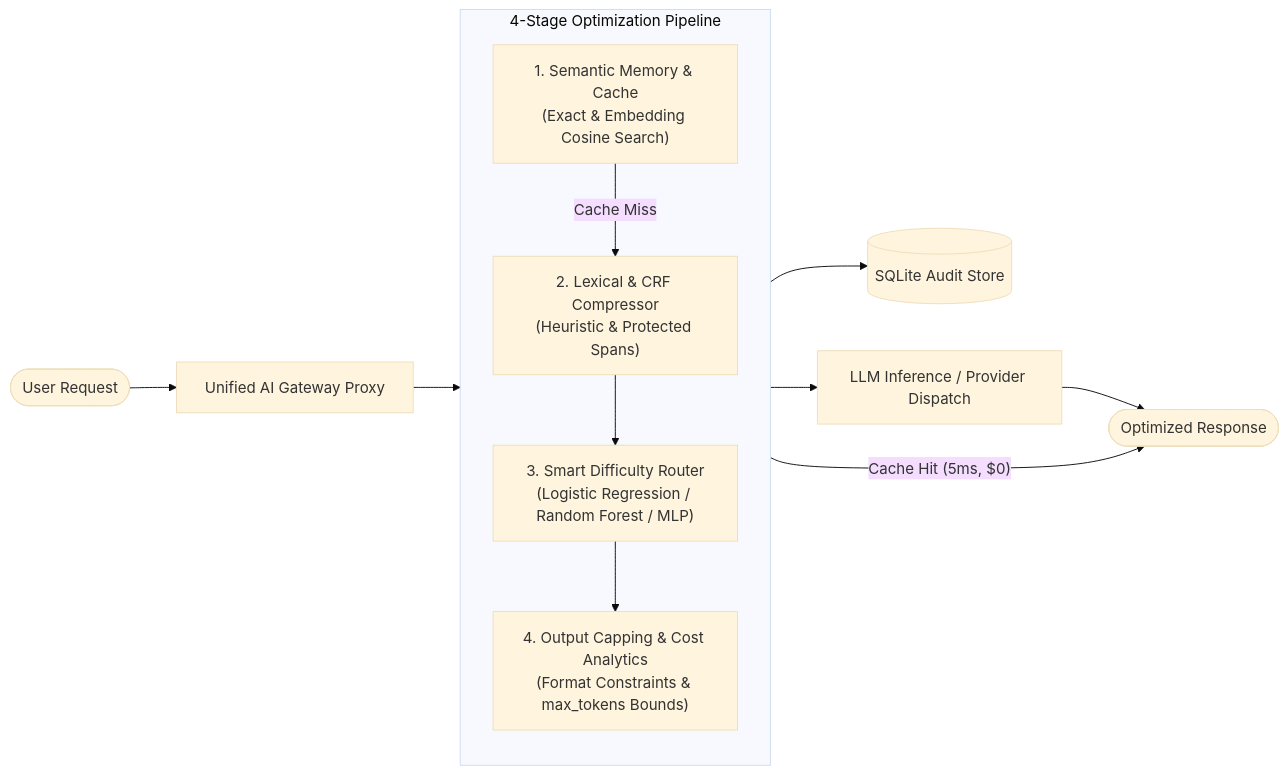
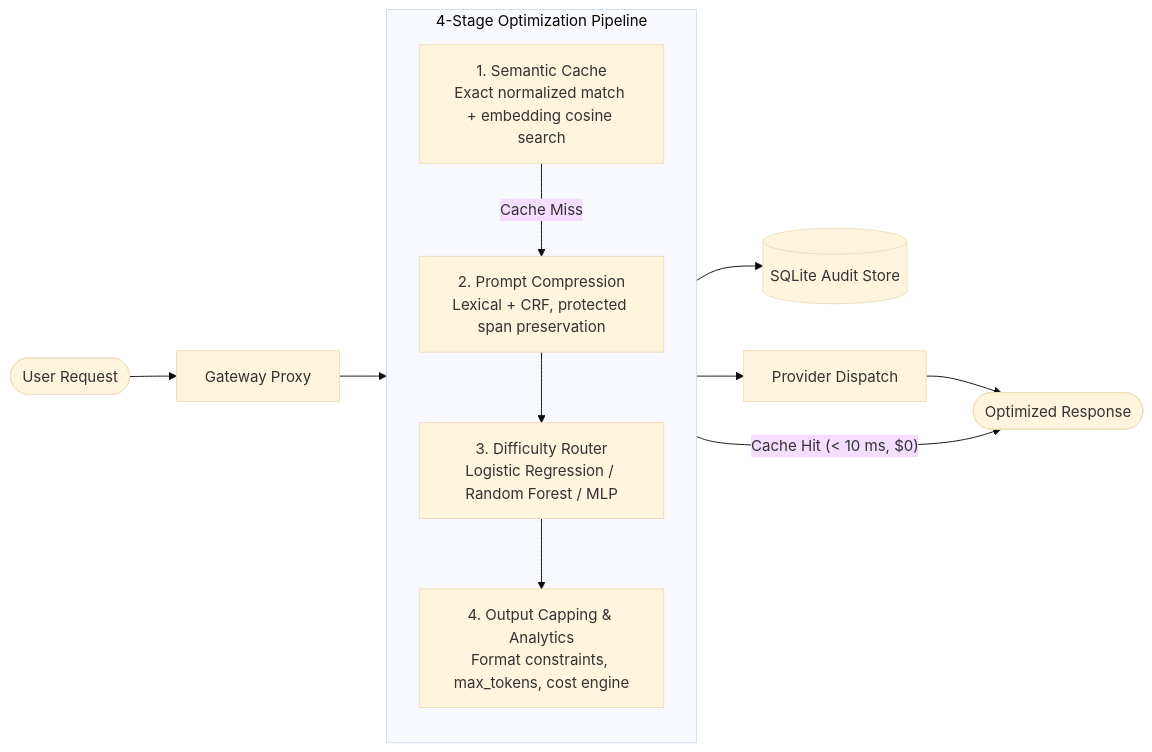
One commit to AmanKashyapp07/Token-Optimiser changed the diagram in README.md. Above: the diagram before and after it, drawn with Mermaid (base theme). The commit also changed other lines of this file, not shown here.

````diff
--- a/README.md
+++ b/README.md
@@ -32,22 +92,19 @@
 ```mermaid
 flowchart LR
-    User([User Request]) --> Gateway[Unified AI Gateway Proxy]
+    User([User Request]) --> Gateway[Gateway Proxy]
 
     subgraph Pipeline["4-Stage Optimization Pipeline"]
         direction TB
-        S1["1. Semantic Memory & Cache\n(Exact & Embedding Cosine Search)"]
-        S2["2. Lexical & CRF Compressor\n(Heuristic & Protected Spans)"]
-        S3["3. Smart Difficulty Router\n(Logistic Regression / Random Forest / MLP)"]
-        S4["4. Output Capping & Cost Analytics\n(Format Constraints & max_tokens Bounds)"]
-
-        S1 -- "Cache Miss" --> S2
-        S2 --> S3
-        S3 --> S4
+        S1["1. Semantic Cache<br/>Exact normalized match + embedding cosine search"]
+        S2["2. Prompt Compression<br/>Lexical + CRF, protected span preservation"]
+        S3["3. Difficulty Router<br/>Logistic Regression / Random Forest / MLP"]
+        S4["4. Output Capping & Analytics<br/>Format constraints, max_tokens, cost engine"]
+        S1 -- "Cache Miss" --> S2 --> S3 --> S4
     end
 
     Gateway --> S1
-    S1 -- "Cache Hit (5ms, $0)" --> Out([Optimized Response])
+    S1 -- "Cache Hit (< 10 ms, $0)" --> Out([Optimized Response])
     S4 --> Store[(SQLite Audit Store)]
-    S4 --> Dispatch[LLM Inference / Provider Dispatch]
+    S4 --> Dispatch[Provider Dispatch]
     Dispatch --> Out
 ```
````
